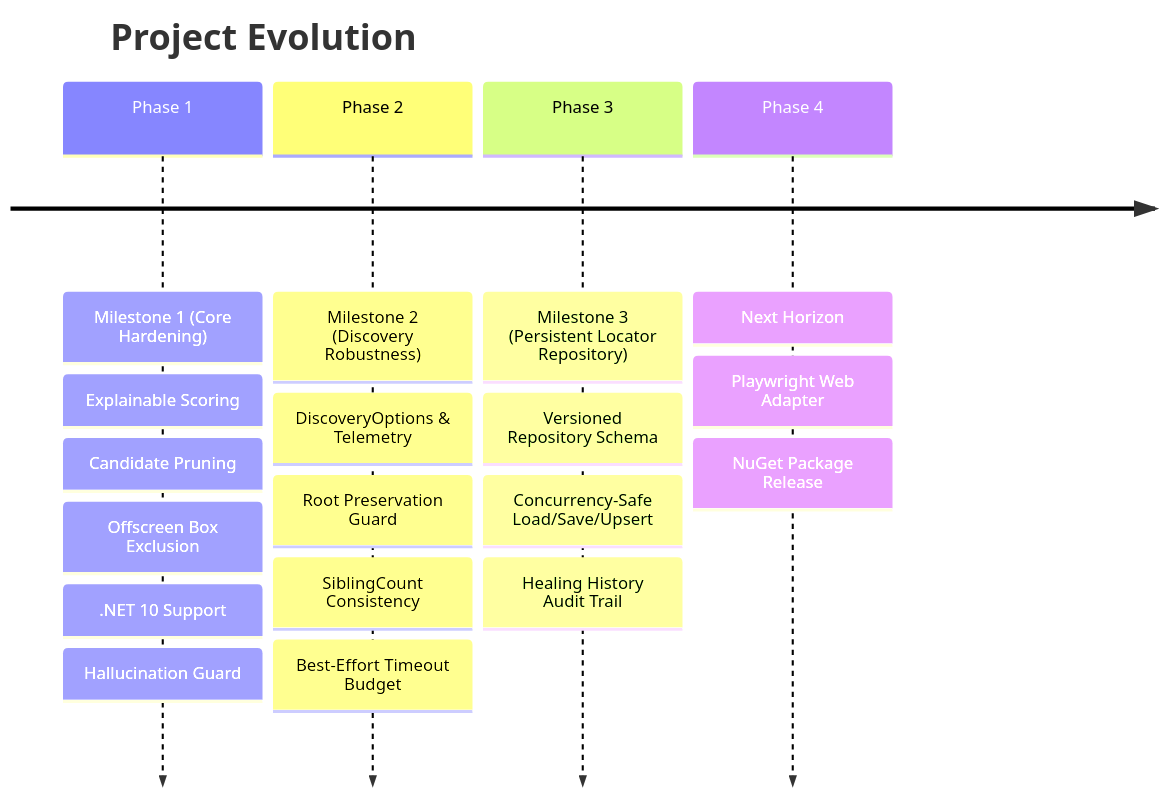
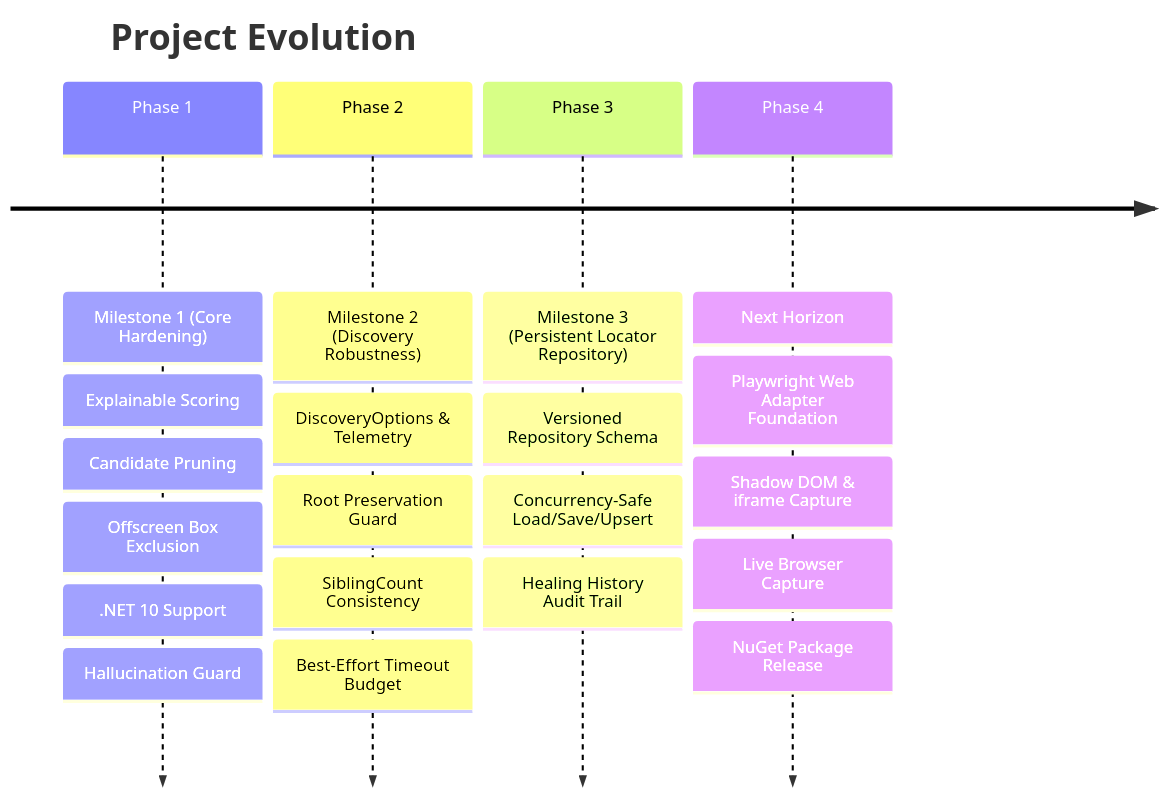
The first of 6 diagrams in PROJECT_SHOWCASE.md (mustafasercansak/automation-sandbox), drawn with Mermaid before and after one commit. The commit also changed other lines of this file and 12 other files, not shown here.

Commit message:
feat: implement WebDiscovery library for Playwright element interaction and automated DOM capture

````diff
--- a/PROJECT_SHOWCASE.md
+++ b/PROJECT_SHOWCASE.md
@@ -26,8 +26,8 @@
 ```mermaid
 timeline
     title Project Evolution
     Phase 1 : Milestone 1 (Core Hardening) : Explainable Scoring : Candidate Pruning : Offscreen Box Exclusion : .NET 10 Support : Hallucination Guard
     Phase 2 : Milestone 2 (Discovery Robustness) : DiscoveryOptions & Telemetry : Root Preservation Guard : SiblingCount Consistency : Best-Effort Timeout Budget
     Phase 3 : Milestone 3 (Persistent Locator Repository) : Versioned Repository Schema : Concurrency-Safe Load/Save/Upsert : Healing History Audit Trail
-    Phase 4 : Next Horizon : Playwright Web Adapter : NuGet Package Release
+    Phase 4 : Next Horizon : Playwright Web Adapter Foundation : Shadow DOM & iframe Capture : Live Browser Capture : NuGet Package Release
 ```
````
